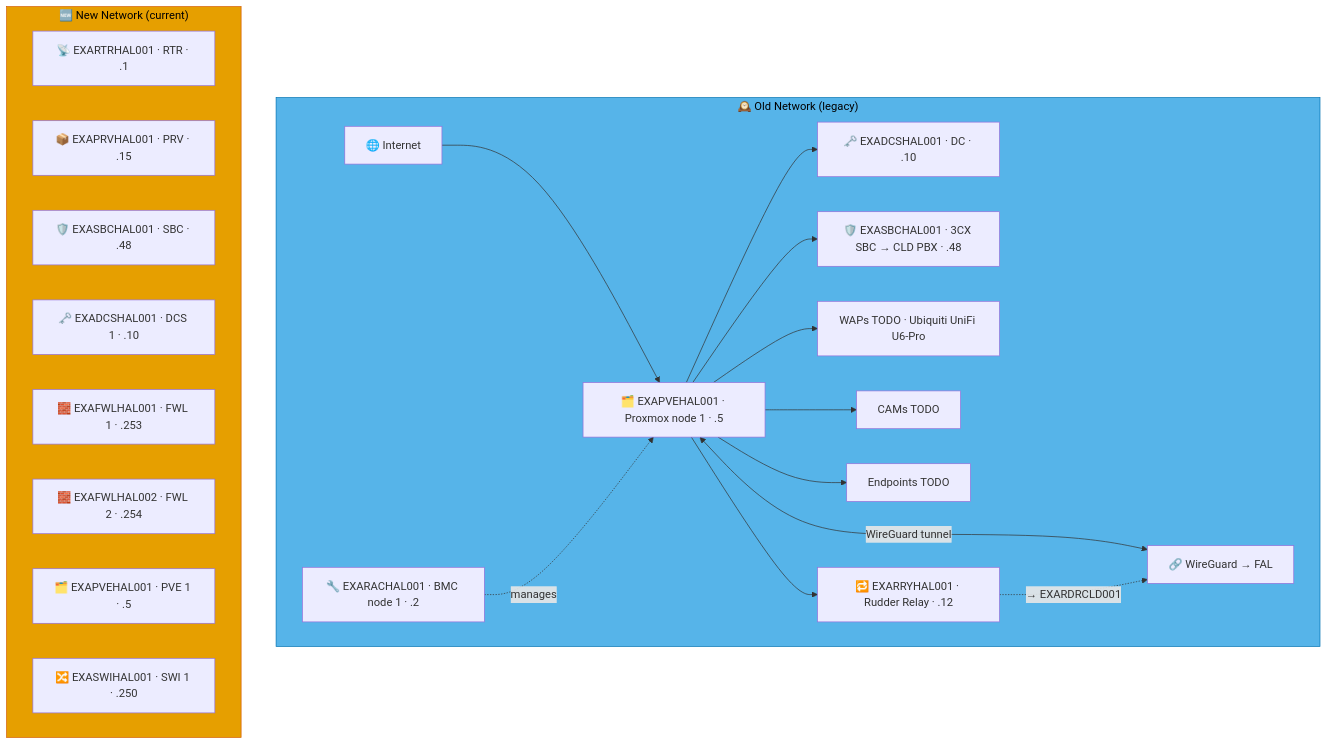
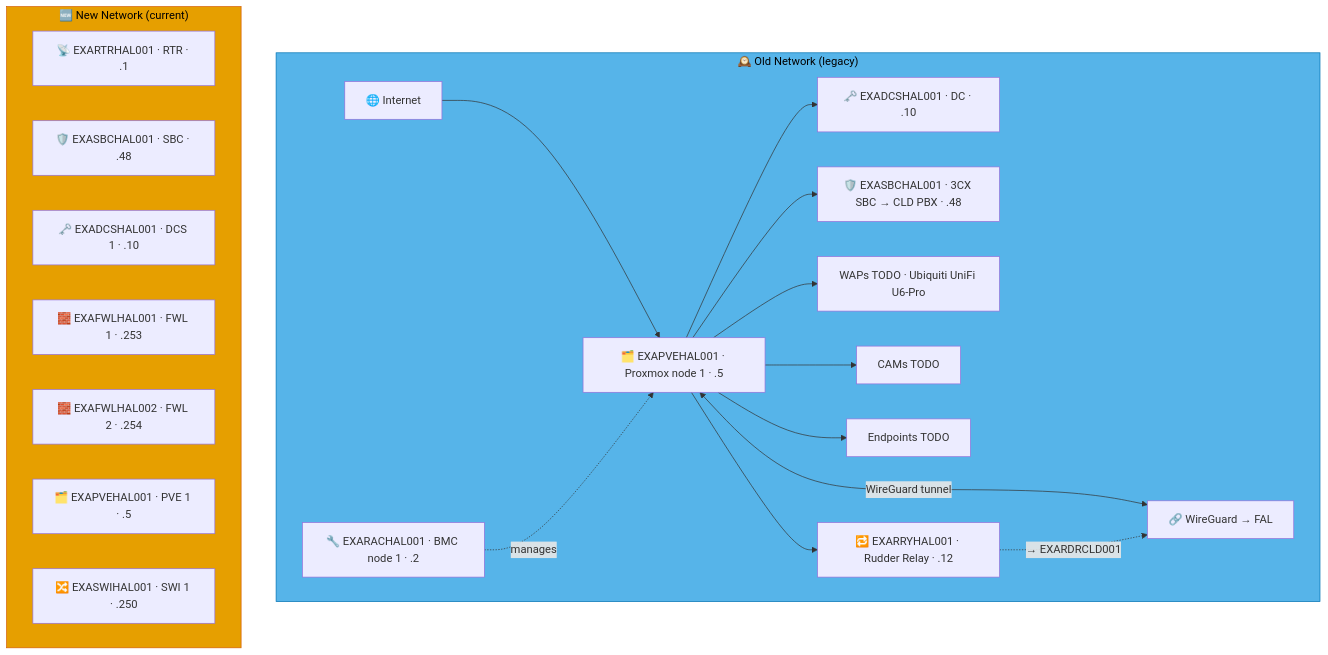
The seventh of 9 diagrams in docs/network-diagram/england.md (knightmare2600/example_music_infra), drawn with Mermaid before and after one commit. The commit also changed other lines of this file and 55 other files, not shown here.

````diff
--- a/docs/network-diagram/england.md
+++ b/docs/network-diagram/england.md
@@ -364,37 +358,36 @@
 ```mermaid
 graph TD
     subgraph OLD_HAL ["🕰️ Old Network (legacy)"]
       INET["🌐 Internet"]
       RAC["🔧 EXARACHAL001 · BMC node 1 · .2"]
       PVE["🗂️ EXAPVEHAL001 · Proxmox node 1 · .5"]
       DC["🗝️ EXADCSHAL001 · DC · .10"]
       SBC["🛡️ EXASBCHAL001 · 3CX SBC → CLD PBX · .48"]
       RRY["🔁 EXARRYHAL001 · Rudder Relay · .12"]
       WAP["WAPs TODO · Ubiquiti UniFi U6-Pro"]
       CAM["CAMs TODO"]
       EP["Endpoints TODO"]
       VPN["🔗 WireGuard → FAL"]
 
       INET --> PVE --> DC & SBC
       RAC -.->|"manages"| PVE
       PVE --> WAP & CAM & EP
       PVE <-->|"WireGuard tunnel"| VPN
 
       PVE --> RRY
       RRY -. "→ EXARDRCLD001" .-> VPN
     end
     style OLD_HAL fill:#56B4E9,stroke:#0072B2,color:#000000
     %% GENERATED:NEW-NETWORK:HAL:START
     subgraph NEW_HAL ["🆕 New Network (current)"]
       N_RTR["📡 EXARTRHAL001 · RTR · .1"]
-      N_PRV["📦 EXAPRVHAL001 · PRV · .15"]
       N_SBC["🛡️ EXASBCHAL001 · SBC · .48"]
       N_DCS["🗝️ EXADCSHAL001 · DCS 1 · .10"]
       N_FWL["🧱 EXAFWLHAL001 · FWL 1 · .253"]
       N_FWL2["🧱 EXAFWLHAL002 · FWL 2 · .254"]
       N_PVE["🗂️ EXAPVEHAL001 · PVE 1 · .5"]
       N_SWI["🔀 EXASWIHAL001 · SWI 1 · .250"]
     end
     style NEW_HAL fill:#E69F00,stroke:#D55E00,color:#000000
     %% GENERATED:NEW-NETWORK:HAL:END
 ```
````
